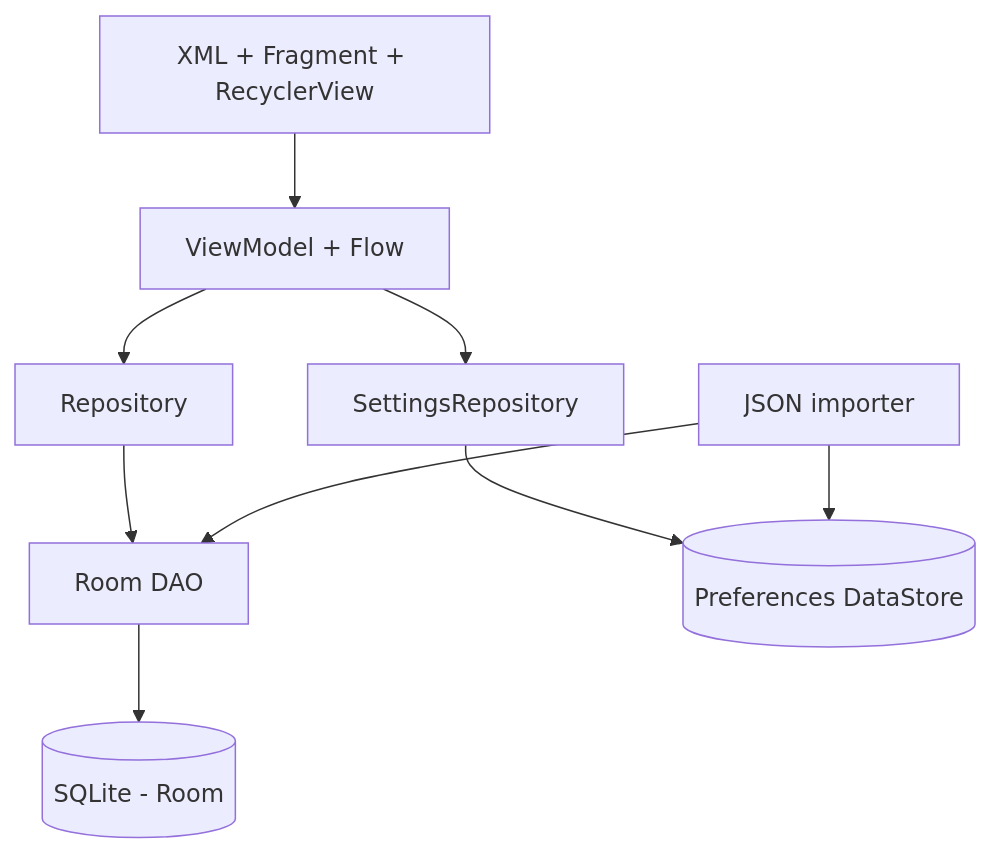
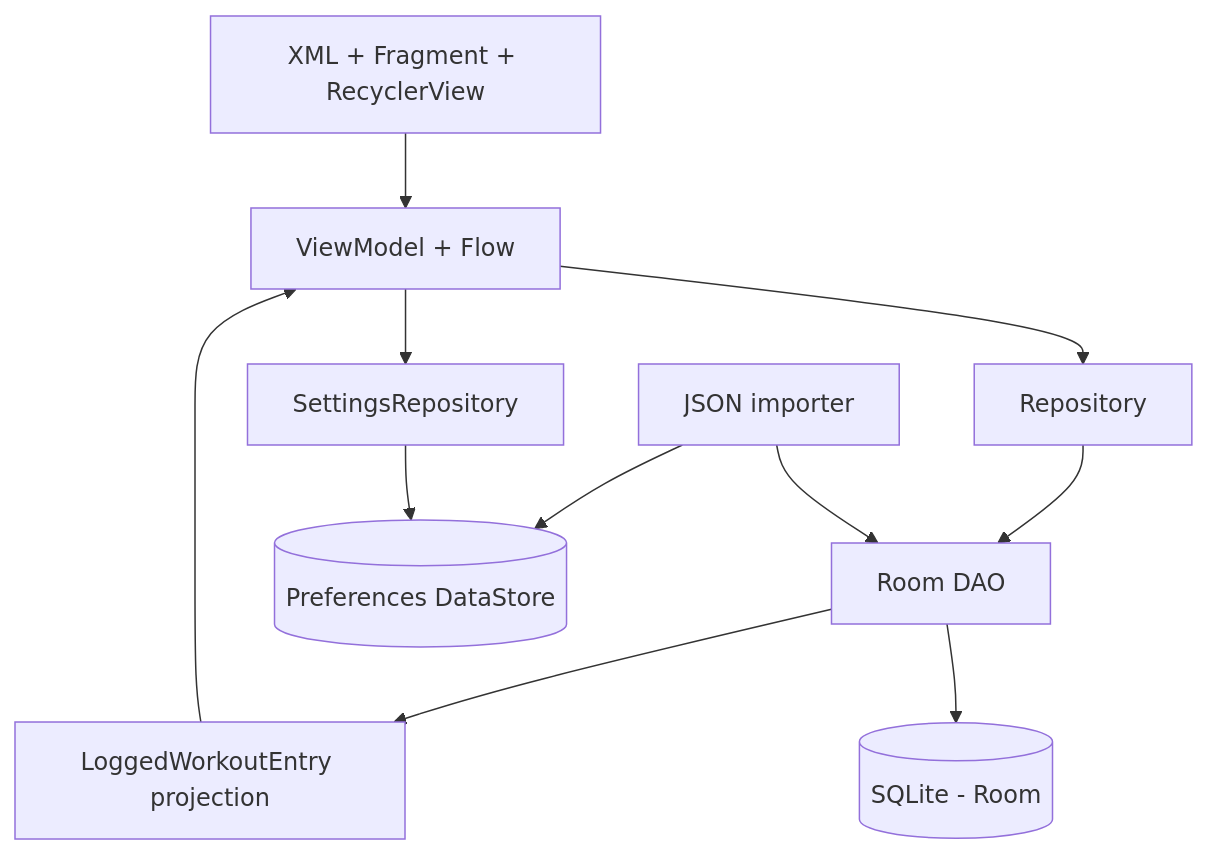
Before and after one commit to jefsaber/FitJournal: the first of 2 diagrams in docs/architecture.md, drawn with Mermaid. The commit also changed other lines of this file and 22 other files, not shown here.

````diff
--- a/docs/architecture.md
+++ b/docs/architecture.md
@@ -3,11 +3,13 @@
 ```mermaid
 flowchart TD
   UI[XML + Fragment + RecyclerView] --> VM[ViewModel + Flow]
   VM --> R[Repository]
   R --> DAO[Room DAO]
   DAO --> DB[(SQLite - Room)]
+  DAO --> JOIN[LoggedWorkoutEntry projection]
+  JOIN --> VM
   VM --> P[SettingsRepository]
   P --> DS[(Preferences DataStore)]
   IMP[JSON importer] --> DAO
   IMP --> DS
 ```
````
